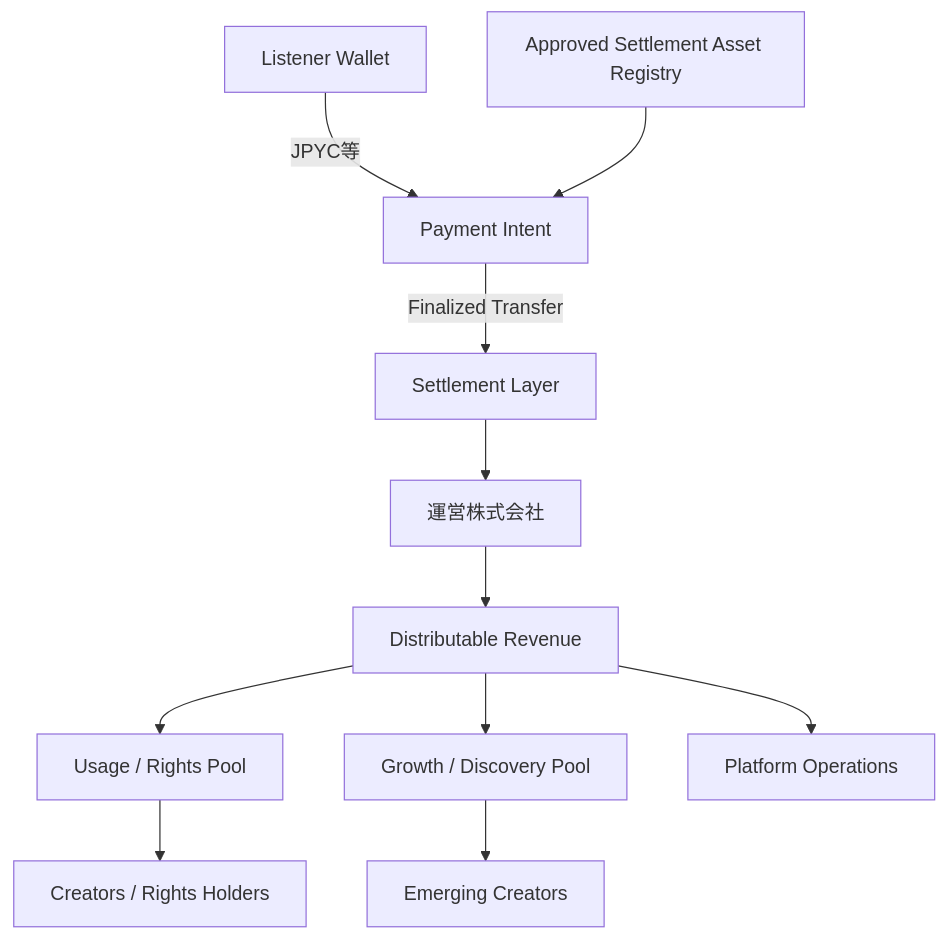
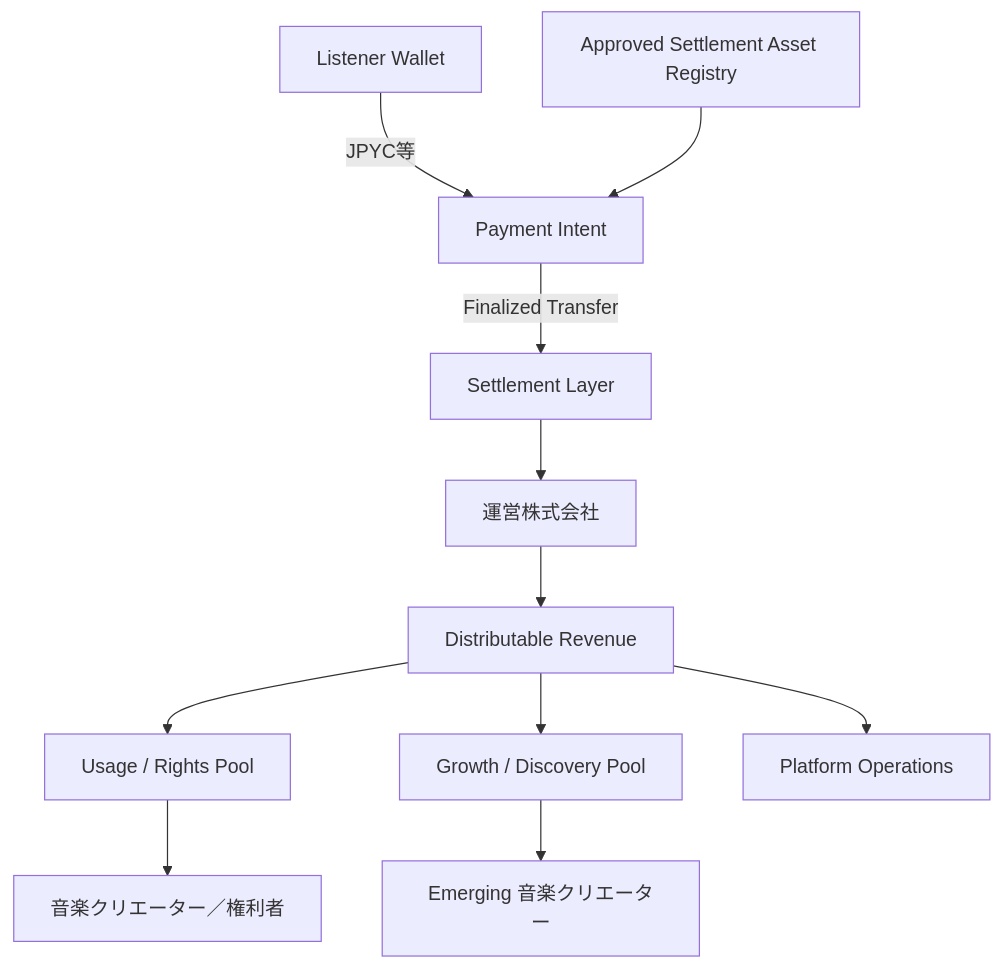
The seventh of 17 diagrams in docs/whitepaper/03-rights-and-money.md (ShigeichiroYamasaki/creator-first-platform), drawn with Mermaid before and after one commit. The commit also changed other lines of this file and 67 other files, not shown here.

````diff
--- a/docs/whitepaper/03-rights-and-money.md
+++ b/docs/whitepaper/03-rights-and-money.md
@@ -175,13 +175,13 @@
 ```mermaid
 flowchart TD
     USER[Listener Wallet] -->|JPYC等| INTENT[Payment Intent]
     REG[Approved Settlement Asset Registry] --> INTENT
     INTENT -->|Finalized Transfer| PAY[Settlement Layer]
     PAY --> CORP[運営株式会社]
     CORP --> POOL[Distributable Revenue]
     POOL --> RIGHTS[Usage / Rights Pool]
     POOL --> GROWTH[Growth / Discovery Pool]
     POOL --> OPS[Platform Operations]
-    RIGHTS --> CREATOR[Creators / Rights Holders]
-    GROWTH --> EMERGING[Emerging Creators]
+    RIGHTS --> CREATOR[音楽クリエーター／権利者]
+    GROWTH --> EMERGING[Emerging 音楽クリエーター]
 ```
````
